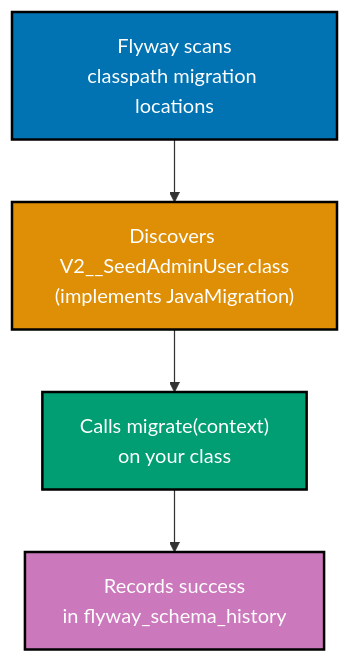
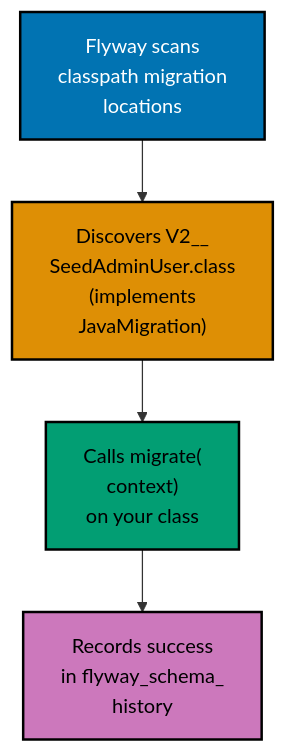
The first of 4 diagrams in apps/ayokoding-www/content/en/learn/legacy/software-engineering/data/tools/kotlin-flyway/by-example/intermediate.md (wahidyankf/ose-public), drawn with Mermaid before and after one commit. The commit also changed other lines of this file and 131 other files, not shown here.

First line of the commit message:
fix(mermaid): bring the legacy data, infrastructure, and testing diagrams onto the accessible palette

````diff
--- a/apps/ayokoding-www/content/en/learn/legacy/software-engineering/data/tools/kotlin-flyway/by-example/intermediate.md
+++ b/apps/ayokoding-www/content/en/learn/legacy/software-engineering/data/tools/kotlin-flyway/by-example/intermediate.md
@@ -34,16 +34,19 @@
 ```mermaid
 %% Color Palette: Blue #0173B2, Orange #DE8F05, Teal #029E73, Purple #CC78BC, Brown #CA9161
 %% Java-based migration lifecycle
 graph TD
-    A["Flyway scans\nclasspath migration locations"]:::blue
-    B["Discovers V2__SeedAdminUser.class\n#40;implements JavaMigration#41;"]:::orange
-    C["Calls migrate#40;context#41;\non your class"]:::teal
-    D["Records success\nin flyway_schema_history"]:::purple
+    accTitle: Example 31: Java-Based Migration
+    accDescr: Graph with 4 nodes and 3 connections. Nodes: Flyway scans classpath migration locations, Discovers V2__ SeedAdminUser.class 40implements JavaMigration41, Calls migrate40context41 on your class, Records success in flyway_schema_ history. Connections: Flyway scans classpath migration locations to Discovers V2__ SeedAdminUser.class 40implements JavaMigration41, Discovers V2__ SeedAdminUser.class 40implements JavaMigration41 to Calls migrate40context41 on your class, Calls migrate40context41 on your class to Records success in flyway_schema_ history.
+    A["Flyway scans<br/>classpath migration<br/>locations"]:::blue
+    B["Discovers V2__<br/>SeedAdminUser.class<br/>#40;implements<br/>JavaMigration#41;"]:::orange
+    C["Calls migrate#40;<br/>context#41;<br/>on your class"]:::teal
+    D["Records success<br/>in flyway_schema_<br/>history"]:::purple
 
     A --> B --> C --> D
 
     classDef blue fill:#0173B2,stroke:#000000,color:#FFFFFF,stroke-width:2px
-    classDef orange fill:#DE8F05,stroke:#000000,color:#FFFFFF,stroke-width:2px
-    classDef teal fill:#029E73,stroke:#000000,color:#FFFFFF,stroke-width:2px
-    classDef purple fill:#CC78BC,stroke:#000000,color:#FFFFFF,stroke-width:2px
+    classDef orange fill:#DE8F05,stroke:#000000,color:#000000,stroke-width:2px
+    classDef teal fill:#029E73,stroke:#000000,color:#000000,stroke-width:2px
+    classDef purple fill:#CC78BC,stroke:#000000,color:#000000,stroke-width:2px
+    classDef default fill:#FFFFFF,stroke:#000000,color:#000000
 ```
````
